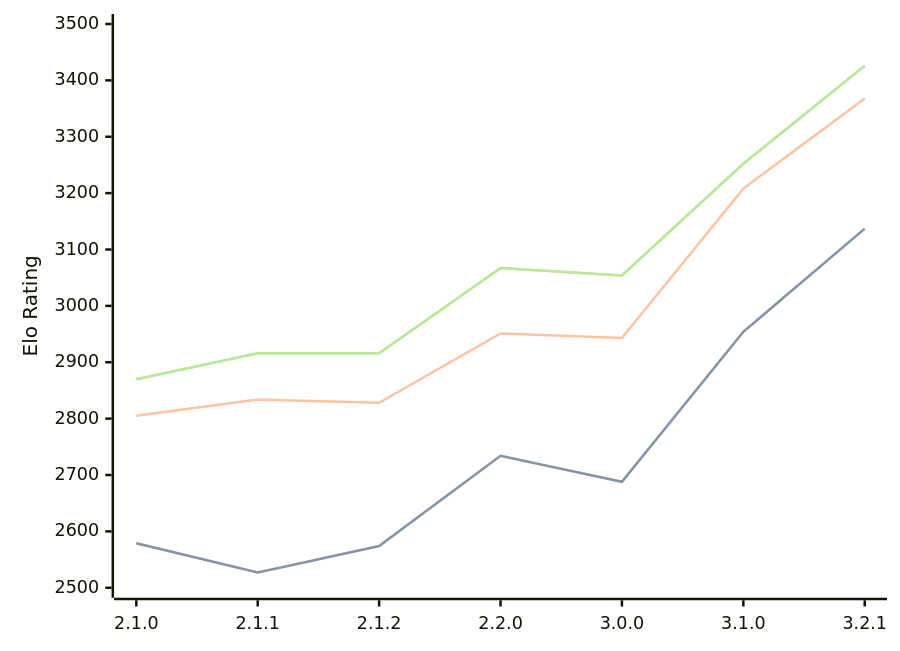
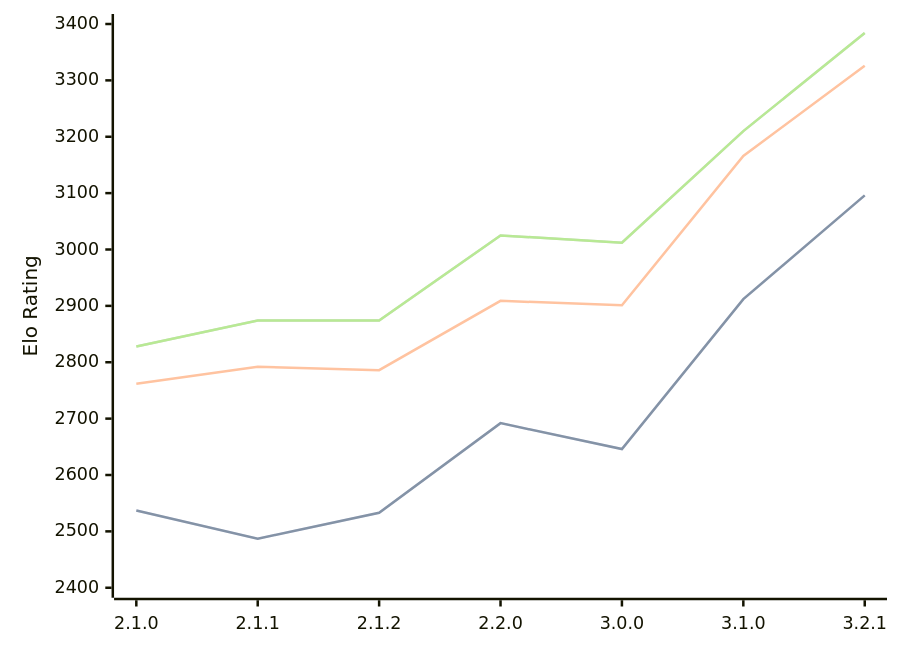
Before and after one commit to computer-chess-index/cci: the diagram in engines/Prune.md, drawn with Mermaid. The commit also changed other lines of this file, not shown here.

Commit message:
Update CCI Ratings (ELO VLTC) - 2026-05-19

````diff
--- a/engines/Prune.md
+++ b/engines/Prune.md
@@ -42,11 +42,11 @@
 ```mermaid
 %%{init: {"theme":"base","themeVariables":{"seriesColors:['#a3a3a3','#222221','#faa371']}}}%%
 xychart-beta
   x-axis ["2.1.0", "2.1.1", "2.1.2", "2.2.0", "3.0.0", "3.1.0", "3.2.1"]
-  y-axis "Elo Rating" 2500 --> 3500
-  line "STC (8.0+0.08s)" [2579, 2527, 2574, 2734, 2688, 2954, 3137]
-  line "STC (8.0+0.08s)" [2579, 2527, 2574, 2734, 2688, 2954, 3137]
-  line "LTC (60.0+0.60s)" [2805, 2834, 2828, 2951, 2943, 3208, 3368]
-  line "VLTC (2m24s+1.12s)" [2870, 2916, 2916, 3067, 3054, 3252, 3426]
-  line "VLTC (2m24s+1.12s)" [2870, 2916, 2916, 3067, 3054, 3252, 3426]
+  y-axis "Elo Rating" 2400 --> 3400
+  line "STC (8.0+0.08s)" [2537, 2487, 2533, 2692, 2646, 2912, 3096]
+  line "STC (8.0+0.08s)" [2537, 2487, 2533, 2692, 2646, 2912, 3096]
+  line "LTC (60.0+0.60s)" [2762, 2792, 2786, 2909, 2901, 3166, 3326]
+  line "VLTC (2m24s+1.12s)" [2828, 2874, 2874, 3025, 3012, 3210, 3384]
+  line "VLTC (2m24s+1.12s)" [2828, 2874, 2874, 3025, 3012, 3210, 3384]
 ```
````
